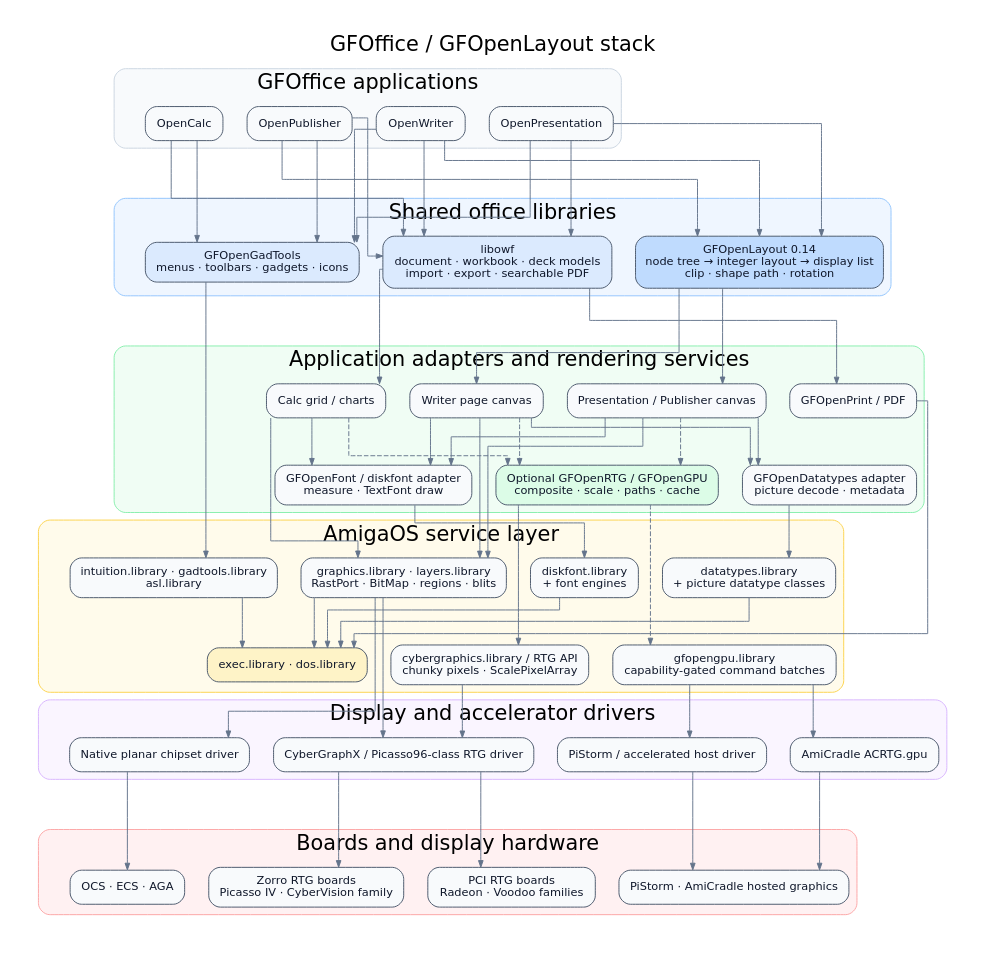
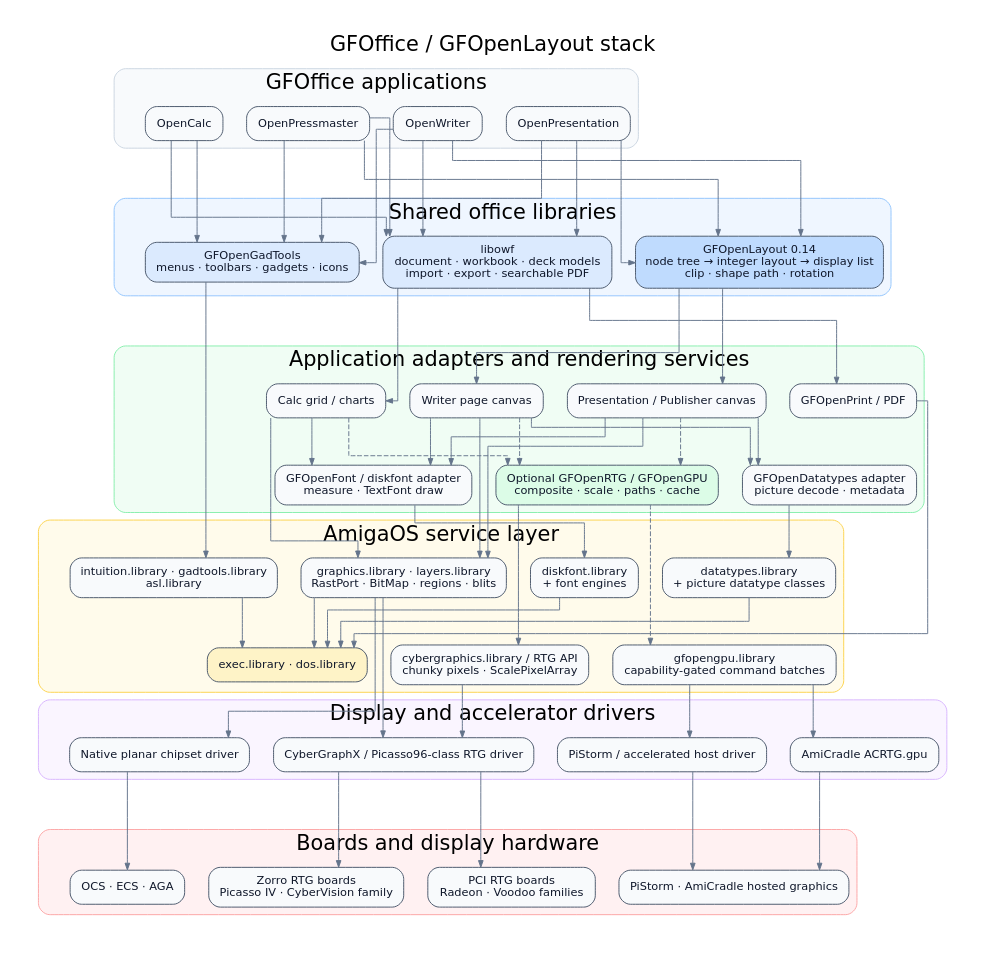
Before and after one commit to DalsinAI/gfoffice: the diagram in docs/suite/openlayout-architecture.dot, drawn with Graphviz. The commit also changed 57 other files, not shown here.

First line of the commit message:
Rename GFOpenPublisher to GFOpenPressmaster

```diff
--- a/docs/suite/openlayout-architecture.dot
+++ b/docs/suite/openlayout-architecture.dot
@@ -1,171 +1,171 @@
 digraph GFOfficeOpenLayout {
     graph [
         rankdir=TB,
         newrank=true,
         bgcolor="white",
         fontname="DejaVu Sans",
         fontsize=22,
         labelloc=t,
         label="GFOffice / GFOpenLayout stack",
         pad=0.35,
         nodesep=0.35,
         ranksep=0.7,
         splines=ortho
     ];
     node [
         shape=box,
         style="rounded,filled",
         fillcolor="#f8fafc",
         color="#475569",
         fontcolor="#0f172a",
         fontname="DejaVu Sans",
         fontsize=12,
         margin="0.16,0.11"
     ];
     edge [
         color="#64748b",
         fontcolor="#334155",
         fontname="DejaVu Sans",
         fontsize=10,
         arrowsize=0.7
     ];
 
     subgraph cluster_apps {
         label="GFOffice applications";
         color="#cbd5e1";
         style="rounded,filled";
         fillcolor="#f8fafc";
         apps_anchor [shape=point, width=0, style=invis];
         Writer [label="OpenWriter"];
         Calc [label="OpenCalc"];
         Present [label="OpenPresentation"];
-        Publisher [label="OpenPublisher"];
+        Publisher [label="OpenPressmaster"];
         { rank=same; apps_anchor; Writer; Calc; Present; Publisher; }
     }
 
     subgraph cluster_shared {
         label="Shared office libraries";
         color="#93c5fd";
         style="rounded,filled";
         fillcolor="#eff6ff";
         shared_anchor [shape=point, width=0, style=invis];
         OWF [label="libowf\ndocument · workbook · deck models\nimport · export · searchable PDF", fillcolor="#dbeafe"];
         OL [label="GFOpenLayout 0.14\nnode tree → integer layout → display list\nclip · shape path · rotation", fillcolor="#bfdbfe"];
         OGT [label="GFOpenGadTools\nmenus · toolbars · gadgets · icons", fillcolor="#dbeafe"];
         { rank=same; shared_anchor; OWF; OL; OGT; }
     }
 
     subgraph cluster_backends {
         label="Application adapters and rendering services";
         color="#86efac";
         style="rounded,filled";
         fillcolor="#f0fdf4";
         backends_anchor [shape=point, width=0, style=invis];
         WriterCanvas [label="Writer page canvas"];
         CalcCanvas [label="Calc grid / charts"];
         DeckCanvas [label="Presentation / Publisher canvas"];
         PrintPDF [label="GFOpenPrint / PDF"];
         Media [label="GFOpenDatatypes adapter\npicture decode · metadata"];
         Fonts [label="GFOpenFont / diskfont adapter\nmeasure · TextFont draw"];
         GPUAdapter [label="Optional GFOpenRTG / GFOpenGPU\ncomposite · scale · paths · cache", fillcolor="#dcfce7"];
         { rank=same; backends_anchor; WriterCanvas; CalcCanvas; DeckCanvas; PrintPDF; }
         { rank=same; Media; Fonts; GPUAdapter; }
     }
 
     subgraph cluster_os {
         label="AmigaOS service layer";
         color="#fcd34d";
         style="rounded,filled";
         fillcolor="#fffbeb";
         os_anchor [shape=point, width=0, style=invis];
         ExecDOS [label="exec.library · dos.library", fillcolor="#fef3c7"];
         UI [label="intuition.library · gadtools.library\nasl.library"];
         Raster [label="graphics.library · layers.library\nRastPort · BitMap · regions · blits"];
         DT [label="datatypes.library\n+ picture datatype classes"];
         FontOS [label="diskfont.library\n+ font engines"];
         RTG [label="cybergraphics.library / RTG API\nchunky pixels · ScalePixelArray"];
         GPU [label="gfopengpu.library\ncapability-gated command batches"];
         { rank=same; os_anchor; UI; Raster; DT; FontOS; }
         { rank=same; RTG; GPU; ExecDOS; }
     }
 
     subgraph cluster_drivers {
         label="Display and accelerator drivers";
         color="#d8b4fe";
         style="rounded,filled";
         fillcolor="#faf5ff";
         drivers_anchor [shape=point, width=0, style=invis];
         PlanarDriver [label="Native planar chipset driver"];
         RTGDriver [label="CyberGraphX / Picasso96-class RTG driver"];
         ACRTG [label="AmiCradle ACRTG.gpu"];
         PiStorm [label="PiStorm / accelerated host driver"];
         { rank=same; drivers_anchor; PlanarDriver; RTGDriver; ACRTG; PiStorm; }
     }
 
     subgraph cluster_hardware {
         label="Boards and display hardware";
         color="#fca5a5";
         style="rounded,filled";
         fillcolor="#fff1f2";
         hardware_anchor [shape=point, width=0, style=invis];
         Native [label="OCS · ECS · AGA"];
         Zorro [label="Zorro RTG boards\nPicasso IV · CyberVision family"];
         PCI [label="PCI RTG boards\nRadeon · Voodoo families"];
         Hosted [label="PiStorm · AmiCradle hosted graphics"];
         { rank=same; hardware_anchor; Native; Zorro; PCI; Hosted; }
     }
 
     apps_anchor -> shared_anchor -> backends_anchor -> os_anchor -> drivers_anchor -> hardware_anchor
         [style=invis, weight=10000, minlen=2];
 
     Writer -> OWF;
     Calc -> OWF;
     Present -> OWF;
     Publisher -> OWF;
     Writer -> OL;
     Present -> OL;
     Publisher -> OL;
     Writer -> OGT;
     Calc -> OGT;
     Present -> OGT;
     Publisher -> OGT;
 
     OL -> WriterCanvas;
     OL -> DeckCanvas;
     OWF -> CalcCanvas;
     OWF -> PrintPDF;
     OGT -> UI;
 
     WriterCanvas -> Raster;
     CalcCanvas -> Raster;
     DeckCanvas -> Raster;
     WriterCanvas -> Media;
     DeckCanvas -> Media;
     WriterCanvas -> Fonts;
     CalcCanvas -> Fonts;
     DeckCanvas -> Fonts;
     WriterCanvas -> GPUAdapter [style=dashed];
     CalcCanvas -> GPUAdapter [style=dashed];
     DeckCanvas -> GPUAdapter [style=dashed];
     PrintPDF -> ExecDOS;
     Media -> DT;
     Fonts -> FontOS;
     GPUAdapter -> RTG;
     GPUAdapter -> GPU [style=dashed];
 
     UI -> ExecDOS;
     Raster -> ExecDOS;
     DT -> ExecDOS;
     FontOS -> ExecDOS;
     Raster -> PlanarDriver;
     Raster -> RTGDriver;
     RTG -> RTGDriver;
     GPU -> ACRTG;
     GPU -> PiStorm;
 
     PlanarDriver -> Native;
     RTGDriver -> Zorro;
     RTGDriver -> PCI;
     ACRTG -> Hosted;
     PiStorm -> Hosted;
 }
```
